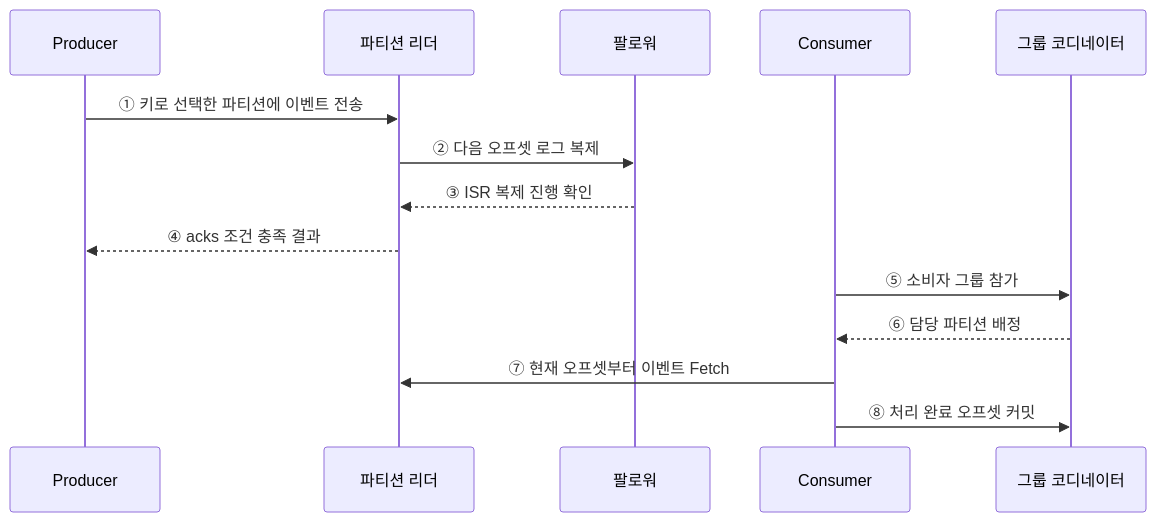
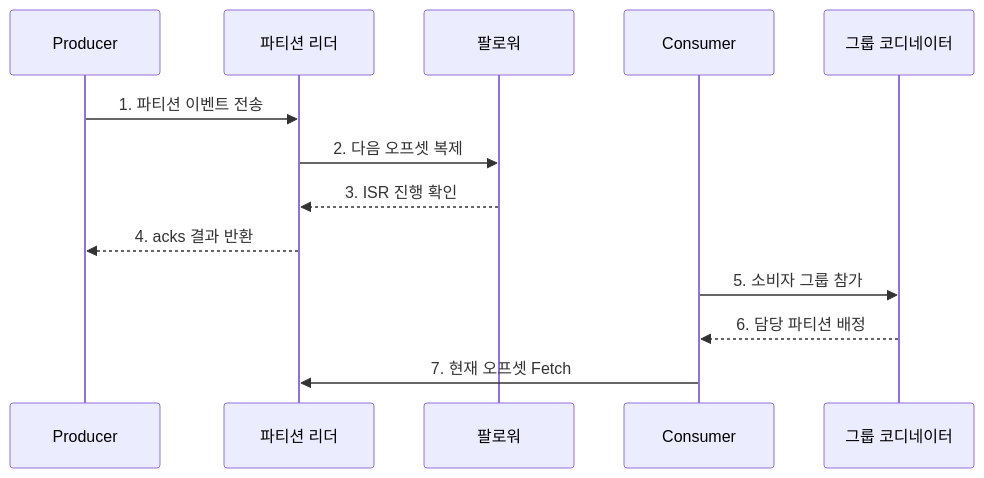
One commit to agnusdei1207/knowledge-base changed the second of 2 diagrams in src/content/docs/notes/03-software/119_apache_kafka.md. Above: the diagram before and after it, drawn with Mermaid. The commit also changed other lines of this file and 20 other files, not shown here.

````diff
--- a/src/content/docs/notes/03-software/119_apache_kafka.md
+++ b/src/content/docs/notes/03-software/119_apache_kafka.md
@@ -82,16 +85,15 @@
 ```mermaid
 sequenceDiagram
     participant P as Producer
     participant L as 파티션 리더
     participant F as 팔로워
     participant C as Consumer
     participant G as 그룹 코디네이터
-    P->>L: ① 키로 선택한 파티션에 이벤트 전송
-    L->>F: ② 다음 오프셋 로그 복제
-    F-->>L: ③ ISR 복제 진행 확인
-    L-->>P: ④ acks 조건 충족 결과
-    C->>G: ⑤ 소비자 그룹 참가
-    G-->>C: ⑥ 담당 파티션 배정
-    C->>L: ⑦ 현재 오프셋부터 이벤트 Fetch
-    C->>G: ⑧ 처리 완료 오프셋 커밋
+    P->>L: 1. 파티션 이벤트 전송
+    L->>F: 2. 다음 오프셋 복제
+    F-->>L: 3. ISR 진행 확인
+    L-->>P: 4. acks 결과 반환
+    C->>G: 5. 소비자 그룹 참가
+    G-->>C: 6. 담당 파티션 배정
+    C->>L: 7. 현재 오프셋 Fetch
 ```
````
